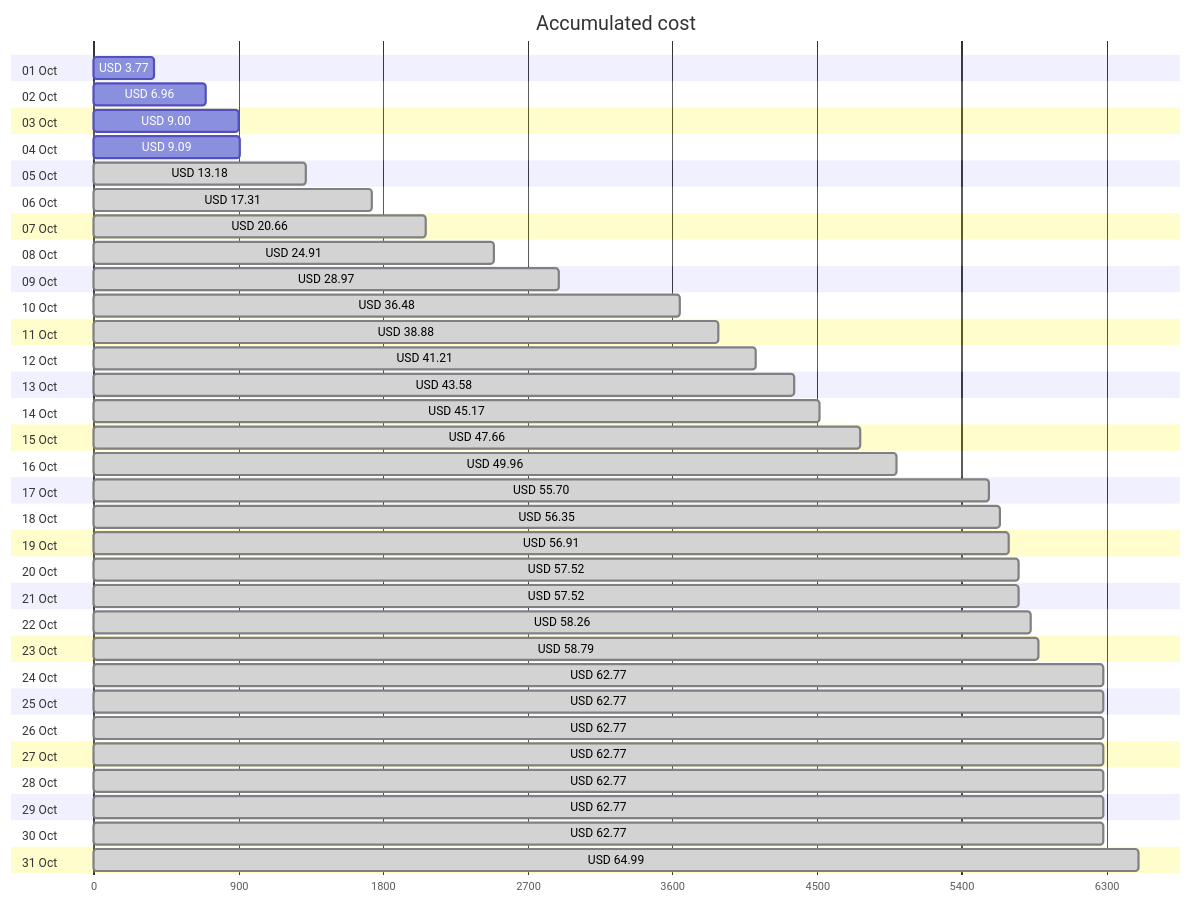
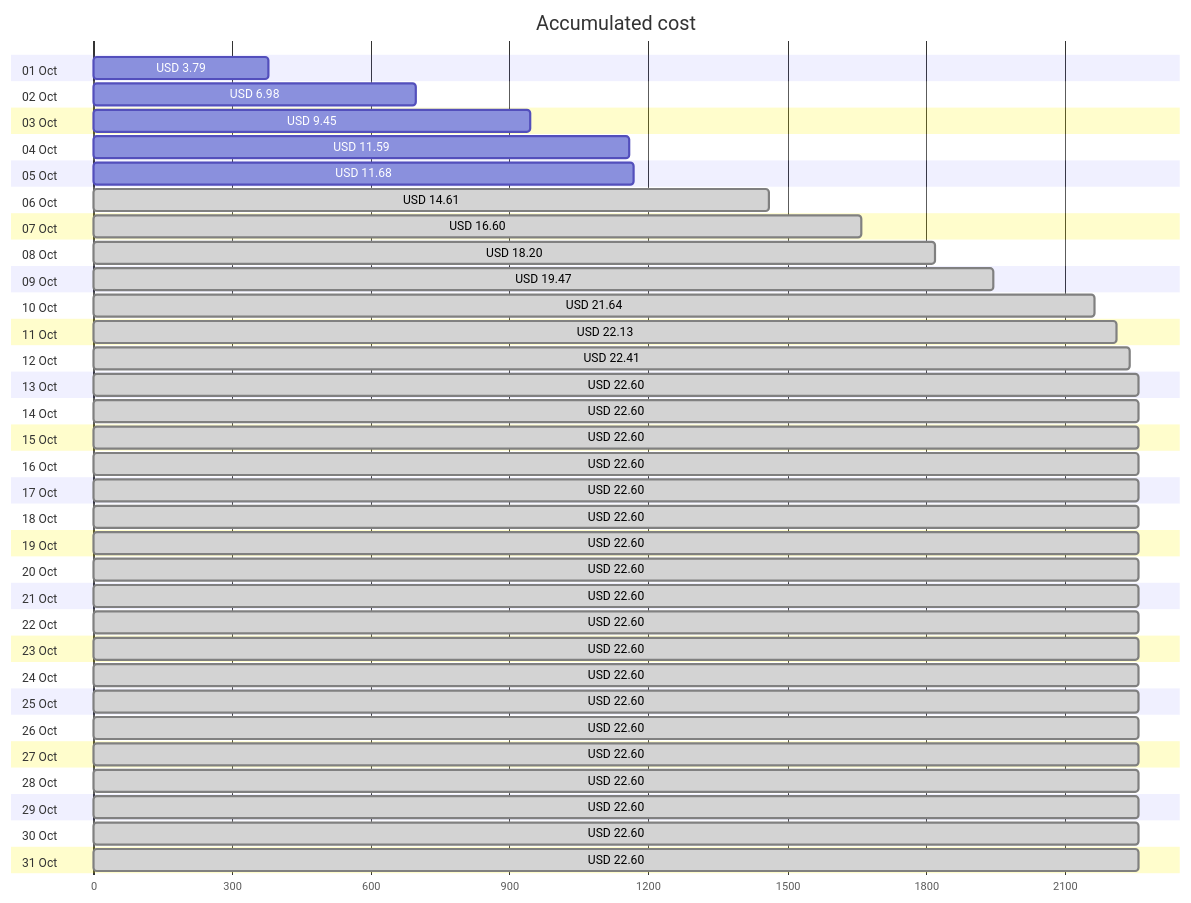
One commit to jpfulton/azure-personal-reports changed the first of 4 diagrams in cost-reports/accumulated-cost.md. Above: the diagram before and after it, drawn with Mermaid. The commit also changed other lines of this file and 4 other files, not shown here.

````diff
--- a/cost-reports/accumulated-cost.md
+++ b/cost-reports/accumulated-cost.md
@@ -20,68 +20,68 @@
 ```mermaid
 gantt
    title Accumulated cost
    dateFormat  X
    axisFormat %s
    section 01 Oct
-   USD 3.77 :0, 377
+   USD 3.79 :0, 379
    section 02 Oct
-   USD 6.96 :0, 696
+   USD 6.98 :0, 698
    section 03 Oct
-   USD 9.00 :0, 900
+   USD 9.45 :0, 945
    section 04 Oct
-   USD 9.09 :0, 909
+   USD 11.59 :0, 1159
    section 05 Oct
-   USD 13.18 : done, 0, 1318
+   USD 11.68 :0, 1168
    section 06 Oct
-   USD 17.31 : done, 0, 1731
+   USD 14.61 : done, 0, 1461
    section 07 Oct
-   USD 20.66 : done, 0, 2066
+   USD 16.60 : done, 0, 1660
    section 08 Oct
-   USD 24.91 : done, 0, 2491
+   USD 18.20 : done, 0, 1820
    section 09 Oct
-   USD 28.97 : done, 0, 2897
+   USD 19.47 : done, 0, 1947
    section 10 Oct
-   USD 36.48 : done, 0, 3648
+   USD 21.64 : done, 0, 2164
    section 11 Oct
-   USD 38.88 : done, 0, 3888
+   USD 22.13 : done, 0, 2213
    section 12 Oct
-   USD 41.21 : done, 0, 4121
+   USD 22.41 : done, 0, 2241
    section 13 Oct
-   USD 43.58 : done, 0, 4358
+   USD 22.60 : done, 0, 2260
    section 14 Oct
-   USD 45.17 : done, 0, 4517
+   USD 22.60 : done, 0, 2260
    section 15 Oct
-   USD 47.66 : done, 0, 4766
+   USD 22.60 : done, 0, 2260
    section 16 Oct
-   USD 49.96 : done, 0, 4996
+   USD 22.60 : done, 0, 2260
    section 17 Oct
-   USD 55.70 : done, 0, 5570
+   USD 22.60 : done, 0, 2260
    section 18 Oct
-   USD 56.35 : done, 0, 5635
+   USD 22.60 : done, 0, 2260
    section 19 Oct
-   USD 56.91 : done, 0, 5691
+   USD 22.60 : done, 0, 2260
    section 20 Oct
-   USD 57.52 : done, 0, 5752
+   USD 22.60 : done, 0, 2260
    section 21 Oct
-   USD 57.52 : done, 0, 5752
+   USD 22.60 : done, 0, 2260
    section 22 Oct
-   USD 58.26 : done, 0, 5826
+   USD 22.60 : done, 0, 2260
    section 23 Oct
-   USD 58.79 : done, 0, 5879
+   USD 22.60 : done, 0, 2260
    section 24 Oct
-   USD 62.77 : done, 0, 6277
+   USD 22.60 : done, 0, 2260
    section 25 Oct
-   USD 62.77 : done, 0, 6277
+   USD 22.60 : done, 0, 2260
    section 26 Oct
-   USD 62.77 : done, 0, 6277
+   USD 22.60 : done, 0, 2260
    section 27 Oct
-   USD 62.77 : done, 0, 6277
+   USD 22.60 : done, 0, 2260
    section 28 Oct
-   USD 62.77 : done, 0, 6277
+   USD 22.60 : done, 0, 2260
    section 29 Oct
-   USD 62.77 : done, 0, 6277
+   USD 22.60 : done, 0, 2260
    section 30 Oct
-   USD 62.77 : done, 0, 6277
+   USD 22.60 : done, 0, 2260
    section 31 Oct
-   USD 64.99 : done, 0, 6499
+   USD 22.60 : done, 0, 2260
 ```
````
